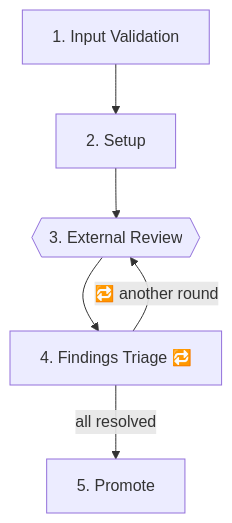
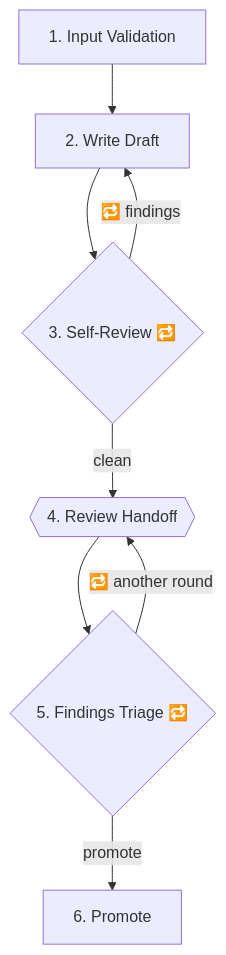
One commit to davidbalivo/skills changed the diagram in skills/engineering/step-based-skills-standard/template.md. Above: the diagram before and after it, drawn with Mermaid. The commit also changed other lines of this file and 1 other file, not shown here.

````diff
--- a/skills/engineering/step-based-skills-standard/template.md
+++ b/skills/engineering/step-based-skills-standard/template.md
@@ -45,14 +49,16 @@
 ```mermaid
 flowchart TD
-S1["1. Input Validation"]
-S2["2. Setup"]
-S3{{"3. External Review"}}
-S4["4. Findings Triage 🔁"]
-S5["5. Promote"]
+    S1["1. Input Validation"]
+    S2["2. Write Draft"]
+    S3{"3. Self-Review 🔁"}
+    S4{{"4. Review Handoff"}}
+    S5{"5. Findings Triage 🔁"}
+    S6["6. Promote"]
 
-    S1 --> S2
-    S2 --> S3
-    S3 --> S4
-    S4 -->|"🔁 another round"| S3
-    S4 -->|all resolved| S5
+    S1 --> S2 --> S3
+    S3 -->|"🔁 findings"| S2
+    S3 -->|clean| S4
+    S4 --> S5
+    S5 -->|"🔁 another round"| S4
+    S5 -->|promote| S6
 ```
````
